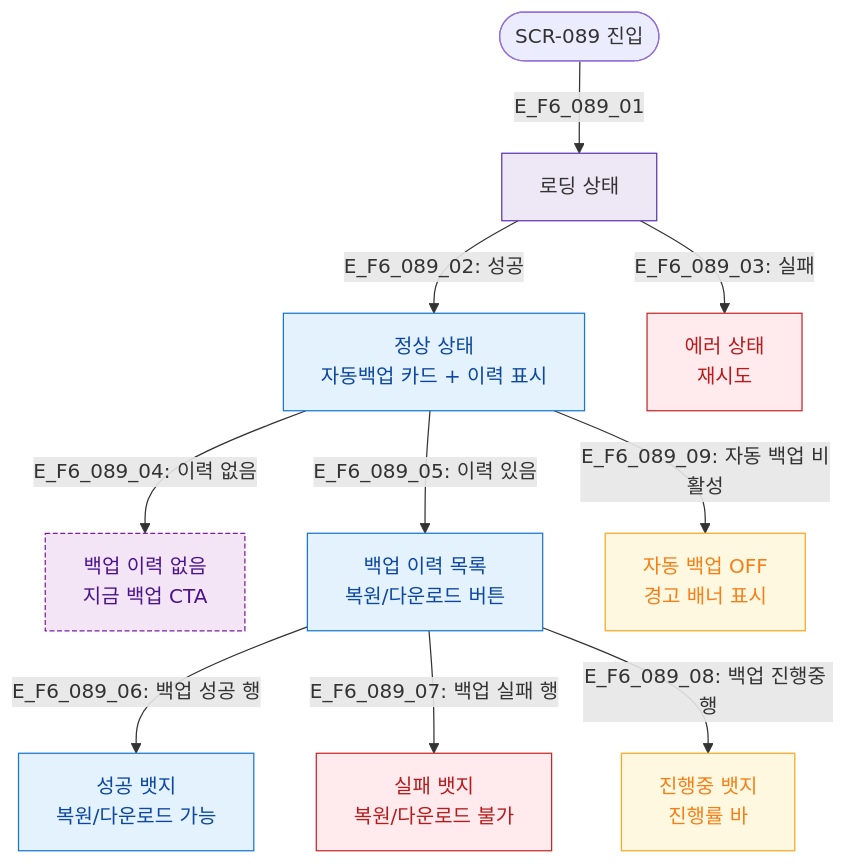
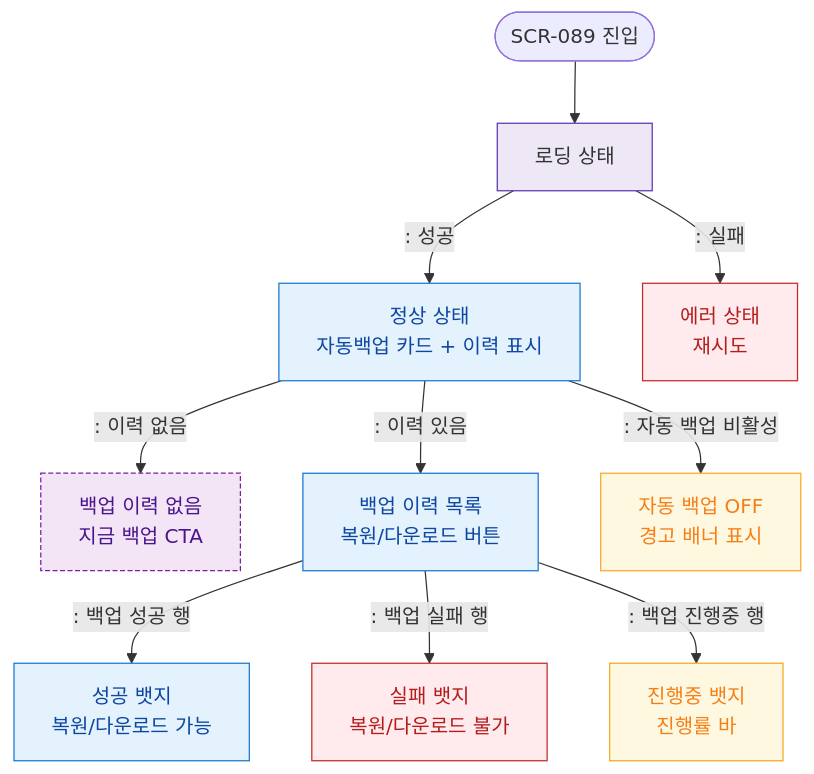
The diagram in docs/다이어그램/D09_설정관리/SCR-089_데이터백업복원/F6_상태별화면.md (dev-spogym/admin-pando), drawn with Mermaid before and after one commit. The commit also changed other lines of this file and 1660 other files, not shown here.

First line of the commit message:
다이어그램: 기획자/클라이언트 납품본으로 정리

````diff
--- a/docs/다이어그램/D09_설정관리/SCR-089_데이터백업복원/F6_상태별화면.md
+++ b/docs/다이어그램/D09_설정관리/SCR-089_데이터백업복원/F6_상태별화면.md
@@ -14,27 +12,27 @@
 ```mermaid
 flowchart TD
-    Entry([SCR-089 진입]) -->|E_F6_089_01| Loading[로딩 상태]
-    Loading -->|"E_F6_089_02: 성공"| Normal[정상 상태\n자동백업 카드 + 이력 표시]
-    Loading -->|"E_F6_089_03: 실패"| ErrorState[에러 상태\n재시도]
+    Entry([SCR-089 진입]) --> Loading[로딩 상태]
+    Loading -->|": 성공"|Normal[정상 상태\n자동백업 카드 + 이력 표시]
+    Loading -->|": 실패"|ErrorState[에러 상태\n재시도]
 
-    Normal -->|"E_F6_089_04: 이력 없음"| NoHistory[백업 이력 없음\n지금 백업 CTA]
-    Normal -->|"E_F6_089_05: 이력 있음"| HasHistory[백업 이력 목록\n복원/다운로드 버튼]
+    Normal -->|": 이력 없음"|NoHistory[백업 이력 없음\n지금 백업 CTA]
+    Normal -->|": 이력 있음"|HasHistory[백업 이력 목록\n복원/다운로드 버튼]
 
-    HasHistory -->|"E_F6_089_06: 백업 성공 행"| SuccessRow[성공 뱃지\n복원/다운로드 가능]
-    HasHistory -->|"E_F6_089_07: 백업 실패 행"| FailRow[실패 뱃지\n복원/다운로드 불가]
-    HasHistory -->|"E_F6_089_08: 백업 진행중 행"| InProgressRow[진행중 뱃지\n진행률 바]
+    HasHistory -->|": 백업 성공 행"|SuccessRow[성공 뱃지\n복원/다운로드 가능]
+    HasHistory -->|": 백업 실패 행"|FailRow[실패 뱃지\n복원/다운로드 불가]
+    HasHistory -->|": 백업 진행중 행"|InProgressRow[진행중 뱃지\n진행률 바]
 
-    Normal -->|"E_F6_089_09: 자동 백업 비활성"| AutoOff[자동 백업 OFF\n경고 배너 표시]
+    Normal -->|": 자동 백업 비활성"|AutoOff[자동 백업 OFF\n경고 배너 표시]
 
     classDef screen fill:#E3F2FD,stroke:#1976D2,color:#0D47A1
     classDef newFeature fill:#F3E5F5,stroke:#7B1FA2,color:#4A148C,stroke-dasharray:4 2
     classDef error fill:#FFEBEE,stroke:#C62828,color:#B71C1C
     classDef success fill:#E8F5E9,stroke:#2E7D32,color:#1B5E20
     classDef warning fill:#FFF8E1,stroke:#F9A825,color:#F57F17
     classDef system fill:#EDE7F6,stroke:#5E35B2
     class Normal,HasHistory,SuccessRow screen
     class NoHistory newFeature
     class ErrorState,FailRow error
     class Loading system
     class InProgressRow,AutoOff warning
 ```
````
